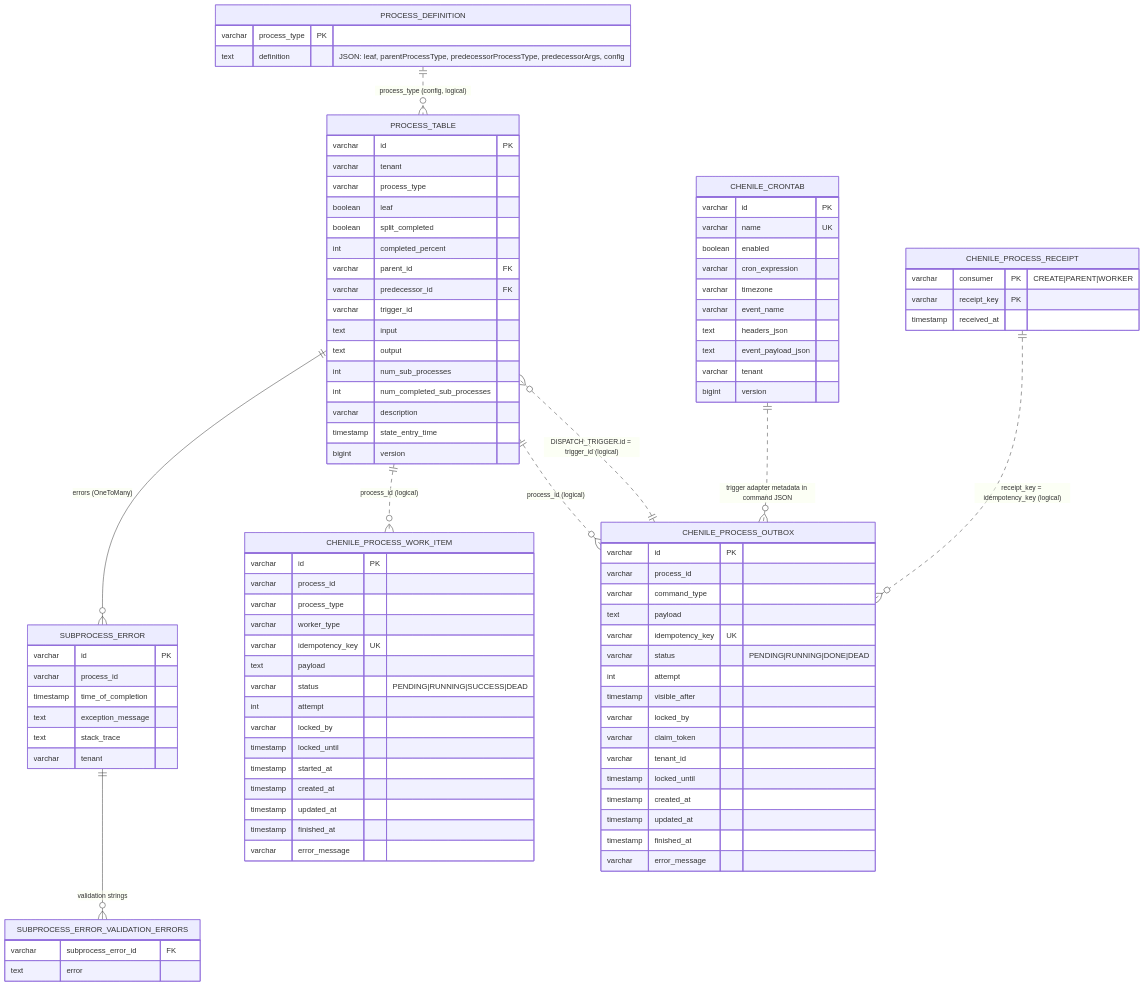
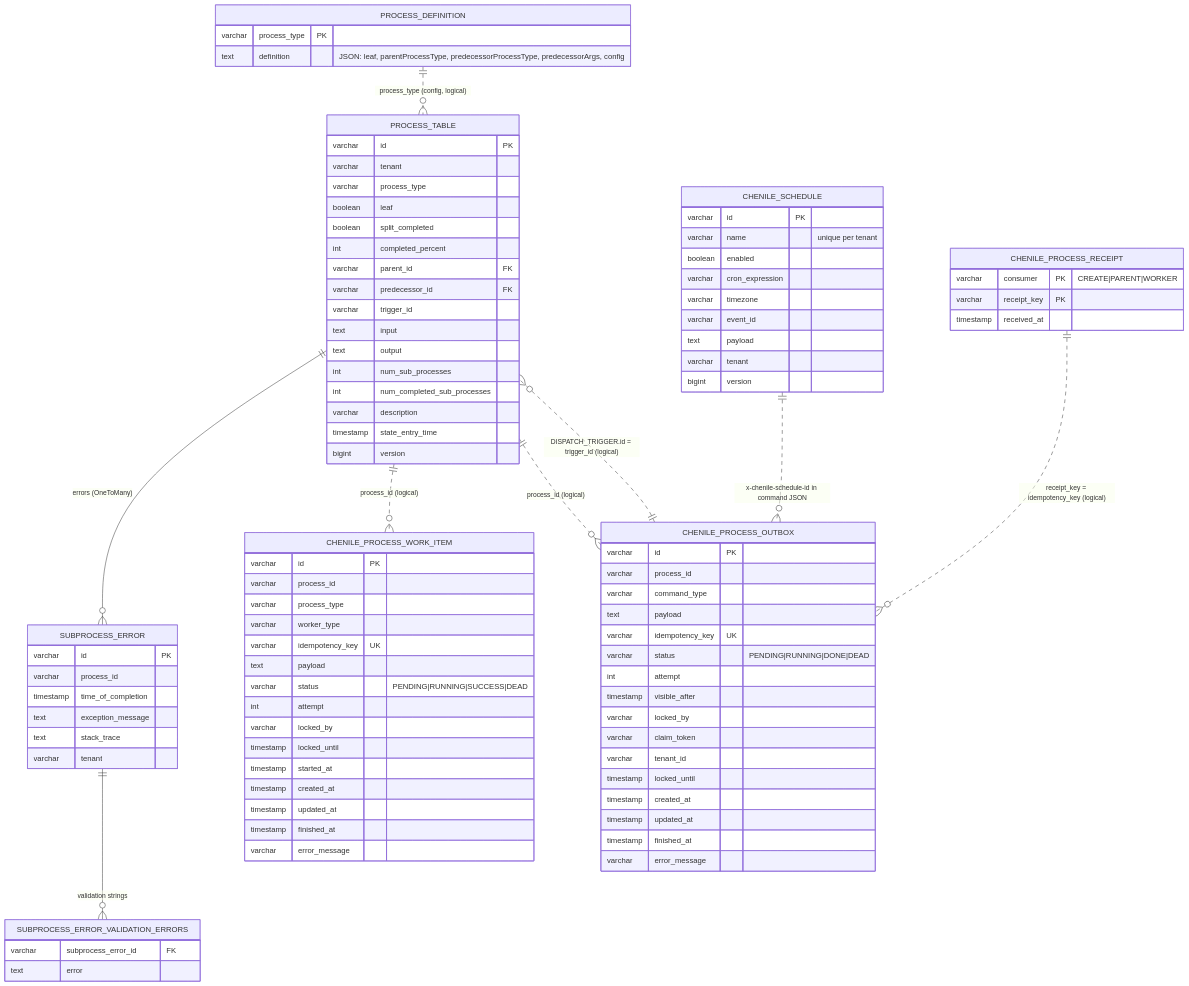
The second of 2 diagrams in docs/process-management-diagrams.md (ajapros/chenile-process-management), drawn with Mermaid before and after one commit. The commit also changed other lines of this file and 9 other files, not shown here.

```diff
--- a/docs/process-management-diagrams.md
+++ b/docs/process-management-diagrams.md
@@ -97,7 +97,7 @@
     PROCESS_TABLE ||--o{ SUBPROCESS_ERROR : "errors (OneToMany)"
     SUBPROCESS_ERROR ||--o{ SUBPROCESS_ERROR_VALIDATION_ERRORS : "validation strings"
     PROCESS_DEFINITION ||..o{ PROCESS_TABLE : "process_type (config, logical)"
-    CHENILE_CRONTAB ||..o{ CHENILE_PROCESS_OUTBOX : "trigger adapter metadata in command JSON"
+    CHENILE_SCHEDULE ||..o{ CHENILE_PROCESS_OUTBOX : "x-chenile-schedule-id in command JSON"
     CHENILE_PROCESS_OUTBOX ||..o{ PROCESS_TABLE : "DISPATCH_TRIGGER.id = trigger_id (logical)"
     PROCESS_TABLE ||..o{ CHENILE_PROCESS_WORK_ITEM : "process_id (logical)"
     PROCESS_TABLE ||..o{ CHENILE_PROCESS_OUTBOX : "process_id (logical)"
@@ -141,15 +141,14 @@
         text definition "JSON: leaf, parentProcessType, predecessorProcessType, predecessorArgs, config"
     }
 
-    CHENILE_CRONTAB {
+    CHENILE_SCHEDULE {
         varchar id PK
-        varchar name UK
+        varchar name "unique per tenant"
         boolean enabled
         varchar cron_expression
         varchar timezone
-        varchar event_name
-        text headers_json
-        text event_payload_json
+        varchar event_id
+        text payload
         varchar tenant
         bigint version
     }
```
